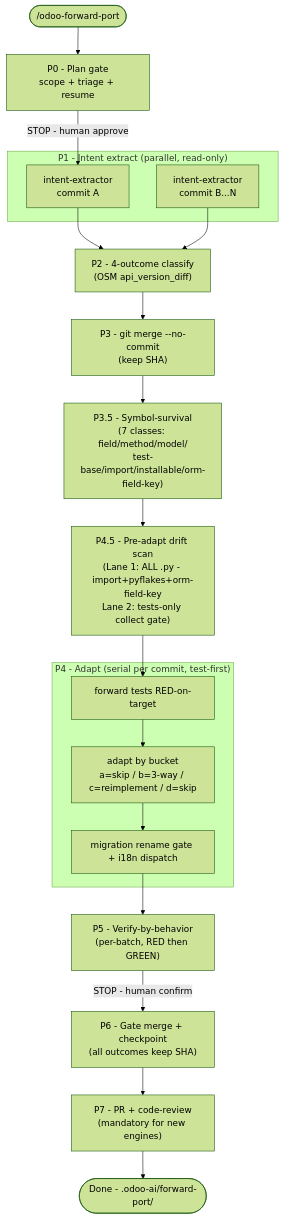
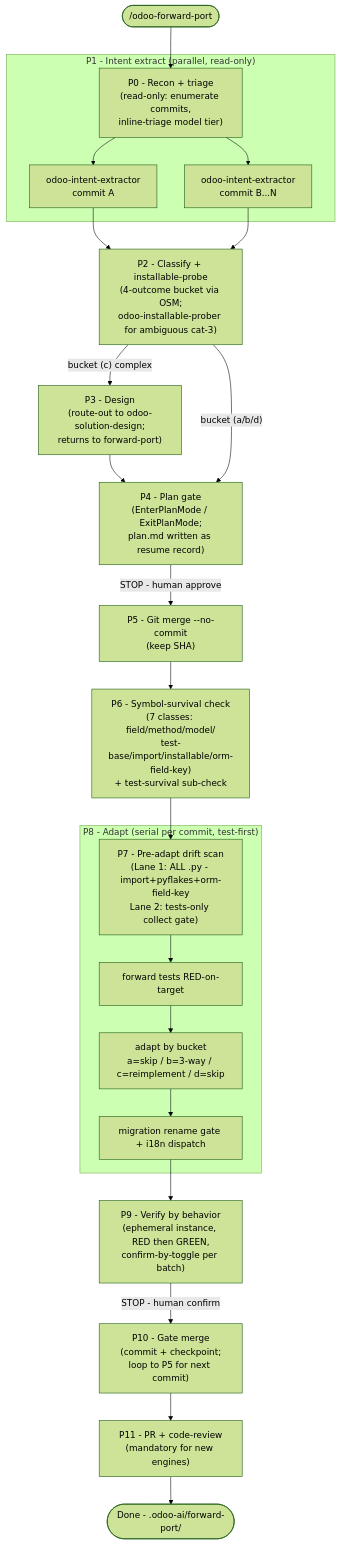
One commit to Viindoo/odoo-mcp-client changed the fourth of 4 diagrams in plugins/odoo-ai-agents/README.md. Above: the diagram before and after it, drawn with Mermaid (forest theme). The commit also changed other lines of this file and 20 other files, not shown here.

````diff
--- a/plugins/odoo-ai-agents/README.md
+++ b/plugins/odoo-ai-agents/README.md
@@ -292,28 +292,32 @@
 ```mermaid
 flowchart TD
     START(["/odoo-forward-port"])
-    START --> P0["P0 - Plan gate<br/>scope + triage + resume"]
-    P0 -->|"STOP - human approve"| IE1
+    START --> P0["P0 - Recon + triage<br/>(read-only: enumerate commits,<br/>inline-triage model tier)"]
 
     subgraph P1_grp["P1 - Intent extract (parallel, read-only)"]
-        IE1["intent-extractor<br/>commit A"]
-        IE2["intent-extractor<br/>commit B...N"]
+        P0 --> IE1["odoo-intent-extractor<br/>commit A"]
+        P0 --> IE2["odoo-intent-extractor<br/>commit B...N"]
     end
 
-    IE1 --> P2["P2 - 4-outcome classify<br/>(OSM api_version_diff)"]
+    IE1 --> P2["P2 - Classify + installable-probe<br/>(4-outcome bucket via OSM;<br/>odoo-installable-prober for ambiguous cat-3)"]
     IE2 --> P2
-    P2 --> P3["P3 - git merge --no-commit<br/>(keep SHA)"]
-    P3 --> P35["P3.5 - Symbol-survival<br/>(7 classes: field/method/model/<br/>test-base/import/installable/orm-field-key)"]
-    P35 --> P45["P4.5 - Pre-adapt drift scan<br/>(Lane 1: ALL .py - import+pyflakes+orm-field-key<br/>Lane 2: tests-only collect gate)"]
 
-    subgraph P4_grp["P4 - Adapt (serial per commit, test-first)"]
-        PA["forward tests RED-on-target"] --> PB["adapt by bucket<br/>a=skip / b=3-way / c=reimplement / d=skip"]
+    P2 -->|"bucket (c) complex"| P3["P3 - Design<br/>(route-out to odoo-solution-design;<br/>returns to forward-port)"]
+    P3 --> P4_gate
+    P2 -->|"bucket (a/b/d)"| P4_gate["P4 - Plan gate<br/>(EnterPlanMode / ExitPlanMode;<br/>plan.md written as resume record)"]
+    P4_gate -->|"STOP - human approve"| P5["P5 - Git merge --no-commit<br/>(keep SHA)"]
+
+    P5 --> P6["P6 - Symbol-survival check<br/>(7 classes: field/method/model/<br/>test-base/import/installable/orm-field-key)<br/>+ test-survival sub-check"]
+    P6 --> P7["P7 - Pre-adapt drift scan<br/>(Lane 1: ALL .py - import+pyflakes+orm-field-key<br/>Lane 2: tests-only collect gate)"]
+
+    subgraph P8_grp["P8 - Adapt (serial per commit, test-first)"]
+        P7 --> PA["forward tests RED-on-target"]
+        PA --> PB["adapt by bucket<br/>a=skip / b=3-way / c=reimplement / d=skip"]
         PB --> PC["migration rename gate + i18n dispatch"]
     end
 
-    P45 --> PA
-    PC --> P5["P5 - Verify-by-behavior<br/>(per-batch, RED then GREEN)"]
-    P5 -->|"STOP - human confirm"| P6["P6 - Gate merge + checkpoint<br/>(all outcomes keep SHA)"]
-    P6 --> P7["P7 - PR + code-review<br/>(mandatory for new engines)"]
-    P7 --> DONE(["Done - .odoo-ai/forward-port/"])
+    PC --> P9["P9 - Verify by behavior<br/>(ephemeral instance, RED then GREEN,<br/>confirm-by-toggle per batch)"]
+    P9 -->|"STOP - human confirm"| P10["P10 - Gate merge<br/>(commit + checkpoint;<br/>loop to P5 for next commit)"]
+    P10 --> P11["P11 - PR + code-review<br/>(mandatory for new engines)"]
+    P11 --> DONE(["Done - .odoo-ai/forward-port/"])
 ```
````
